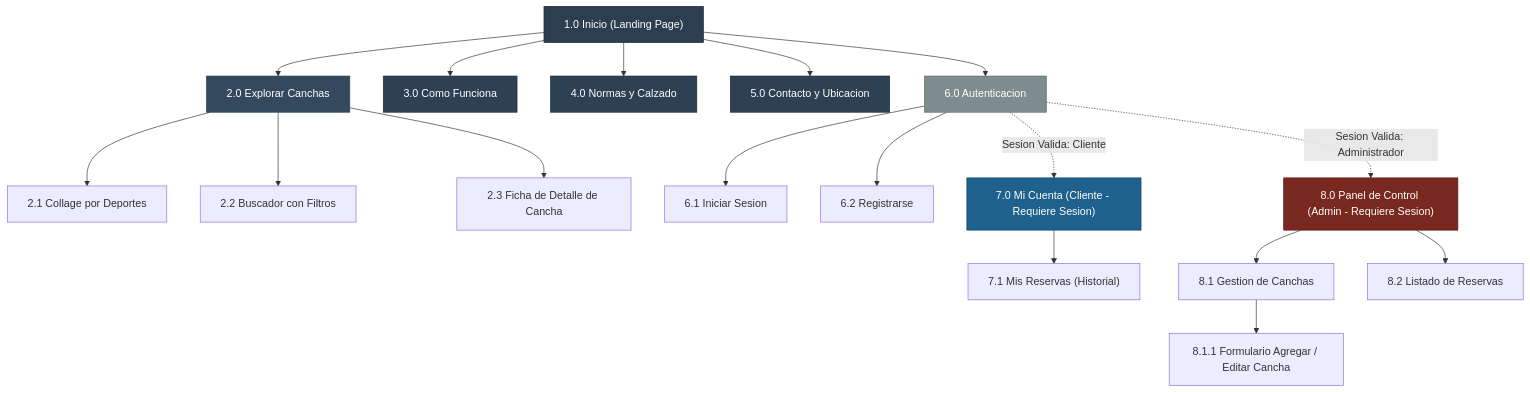
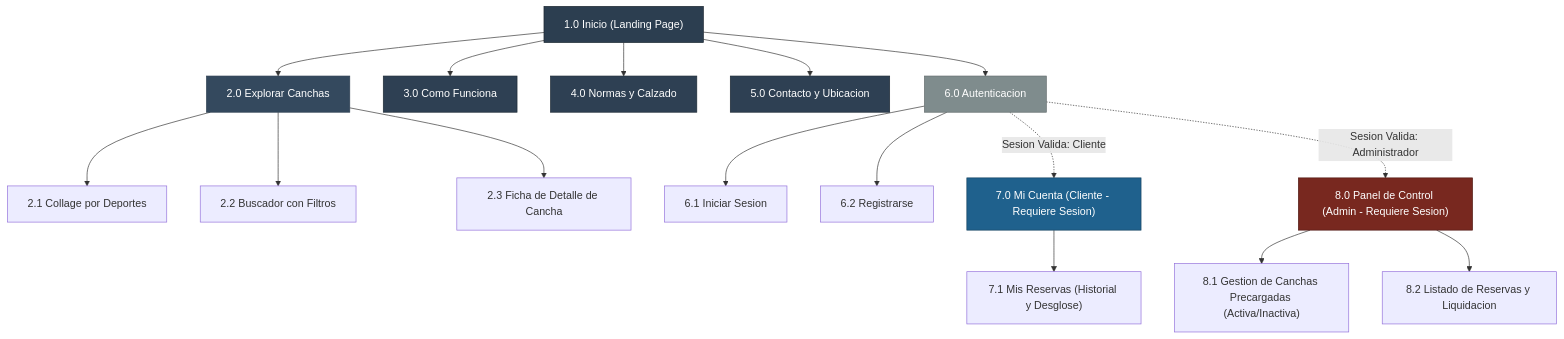
Before and after one commit to WalterJoel18/Sw-para-reserva-de-canchas-e-instalaciones-deportivas: the fifth of 12 diagrams in README.md, drawn with Mermaid. The commit also changed other lines of this file, not shown here.

````diff
--- a/README.md
+++ b/README.md
@@ -766,65 +815,63 @@
 ```mermaid
 graph TD
     %% Nivel 0: Raiz Publica
     Home["1.0 Inicio (Landing Page)"]
 
     %% Nivel 1: Secciones Publicas Principales
     Explorar["2.0 Explorar Canchas"]
     ComoFunciona["3.0 Como Funciona"]
     Normas["4.0 Normas y Calzado"]
     Contacto["5.0 Contacto y Ubicacion"]
     Auth["6.0 Autenticacion"]
 
     %% Conexiones desde Raiz Publica
     Home --> Explorar
     Home --> ComoFunciona
     Home --> Normas
     Home --> Contacto
     Home --> Auth
 
     %% Nivel 2: Ramas de Exploracion
     Collage["2.1 Collage por Deportes"]
     Buscador["2.2 Buscador con Filtros"]
     FichaCancha["2.3 Ficha de Detalle de Cancha"]
 
     Explorar --> Collage
     Explorar --> Buscador
     Explorar --> FichaCancha
 
     %% Nivel 2: Ramas de Autenticacion
     Login["6.1 Iniciar Sesion"]
     Registro["6.2 Registrarse"]
 
     Auth --> Login
     Auth --> Registro
 
     %% Nivel 2: Vistas Privadas Condicionadas a Sesion
     MiCuenta["7.0 Mi Cuenta (Cliente - Requiere Sesion)"]
     AdminPanel["8.0 Panel de Control (Admin - Requiere Sesion)"]
 
     Auth -.->|Sesion Valida: Cliente| MiCuenta
     Auth -.->|Sesion Valida: Administrador| AdminPanel
 
     %% Nivel 2: Subpaginas de Mi Cuenta
-    MisReservas["7.1 Mis Reservas (Historial)"]
+    MisReservas["7.1 Mis Reservas (Historial y Desglose)"]
     MiCuenta --> MisReservas
 
     %% Nivel 2: Subpaginas de Administracion
-    CrudCanchas["8.1 Gestion de Canchas"]
-    ListadoReservas["8.2 Listado de Reservas"]
-    FormCancha["8.1.1 Formulario Agregar / Editar Cancha"]
+    AdminCanchas["8.1 Gestion de Canchas Precargadas (Activa/Inactiva)"]
+    ListadoReservas["8.2 Listado de Reservas y Liquidacion"]
 
-    AdminPanel --> CrudCanchas
+    AdminPanel --> AdminCanchas
     AdminPanel --> ListadoReservas
-    CrudCanchas --> FormCancha
 
     %% Estilos Graficos
     style Home fill:#2C3E50,stroke:#1A252F,color:#fff
     style Explorar fill:#34495E,stroke:#2C3E50,color:#fff
     style ComoFunciona fill:#2E4053,stroke:#1C2833,color:#fff
     style Normas fill:#2E4053,stroke:#1C2833,color:#fff
     style Contacto fill:#2E4053,stroke:#1C2833,color:#fff
     style Auth fill:#7F8C8D,stroke:#616A6B,color:#fff
     style MiCuenta fill:#1F618D,stroke:#154360,color:#fff
     style AdminPanel fill:#78281F,stroke:#511B15,color:#fff
 ```
````
